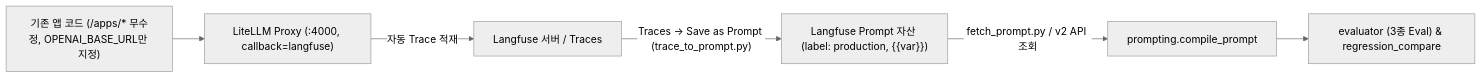
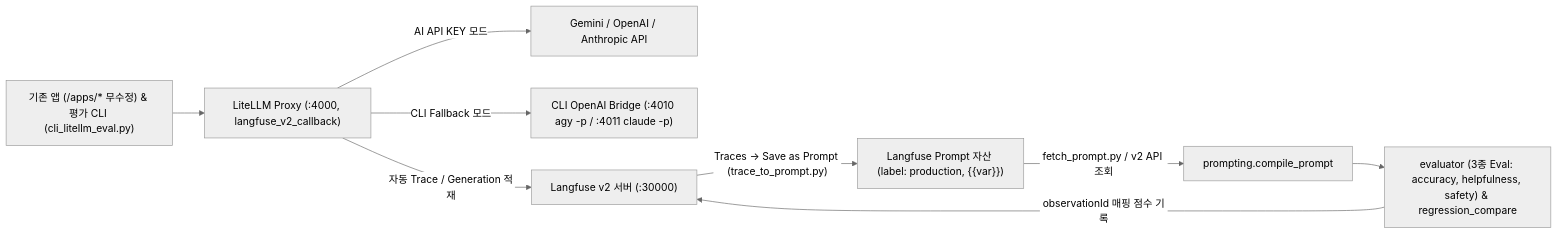
The diagram in ch11-eval-and-llmops/README.md (yojulab/learn_Loop_engineering), drawn with Mermaid (neutral theme) before and after one commit. The commit also changed other lines of this file, not shown here.

Commit message:
docs(ch11): add scenario-based execution commands table and Langfuse observation guide

````diff
--- a/ch11-eval-and-llmops/README.md
+++ b/ch11-eval-and-llmops/README.md
@@ -16,8 +17,11 @@
 ```mermaid
 flowchart LR
-    App["기존 앱 코드 (/apps/* 무수정, OPENAI_BASE_URL만 지정)"] --> Proxy["LiteLLM Proxy (:4000, callback=langfuse)"]
-    Proxy -->|"자동 Trace 적재"| LF["Langfuse 서버 / Traces"]
+    App["기존 앱 (/apps/* 무수정) & 평가 CLI (cli_litellm_eval.py)"] --> Proxy["LiteLLM Proxy (:4000, langfuse_v2_callback)"]
+    Proxy -->|"AI API KEY 모드"| CloudLLM["Gemini / OpenAI / Anthropic API"]
+    Proxy -->|"CLI Fallback 모드"| Bridge["CLI OpenAI Bridge (:4010 agy -p / :4011 claude -p)"]
+    Proxy -->|"자동 Trace / Generation 적재"| LF["Langfuse v2 서버 (:30000)"]
     LF -->|"Traces -> Save as Prompt (trace_to_prompt.py)"| PromptReg["Langfuse Prompt 자산 (label: production, {{var}})"]
     PromptReg -->|"fetch_prompt.py / v2 API 조회"| Compile["prompting.compile_prompt"]
-    Compile --> Eval["evaluator (3종 Eval) & regression_compare"]
+    Compile --> Eval["evaluator (3종 Eval: accuracy, helpfulness, safety) & regression_compare"]
+    Eval -->|"observationId 매핑 점수 기록"| LF
 ```
````
